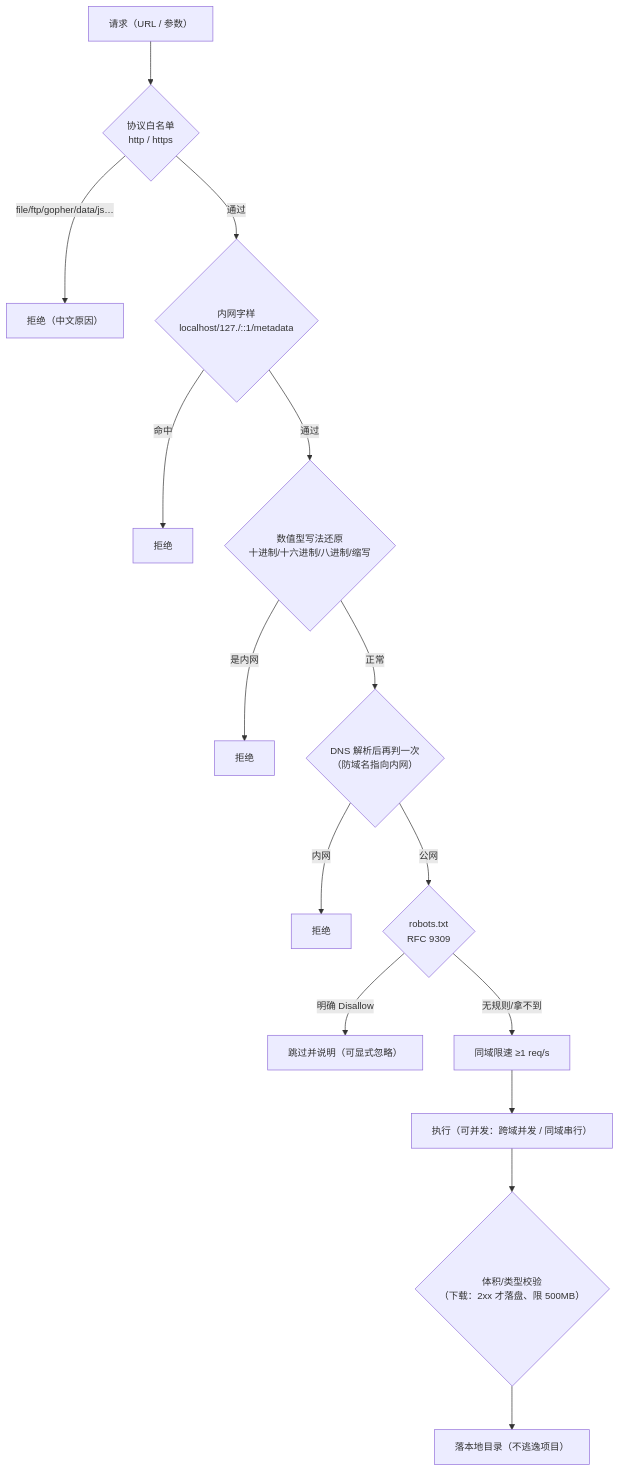
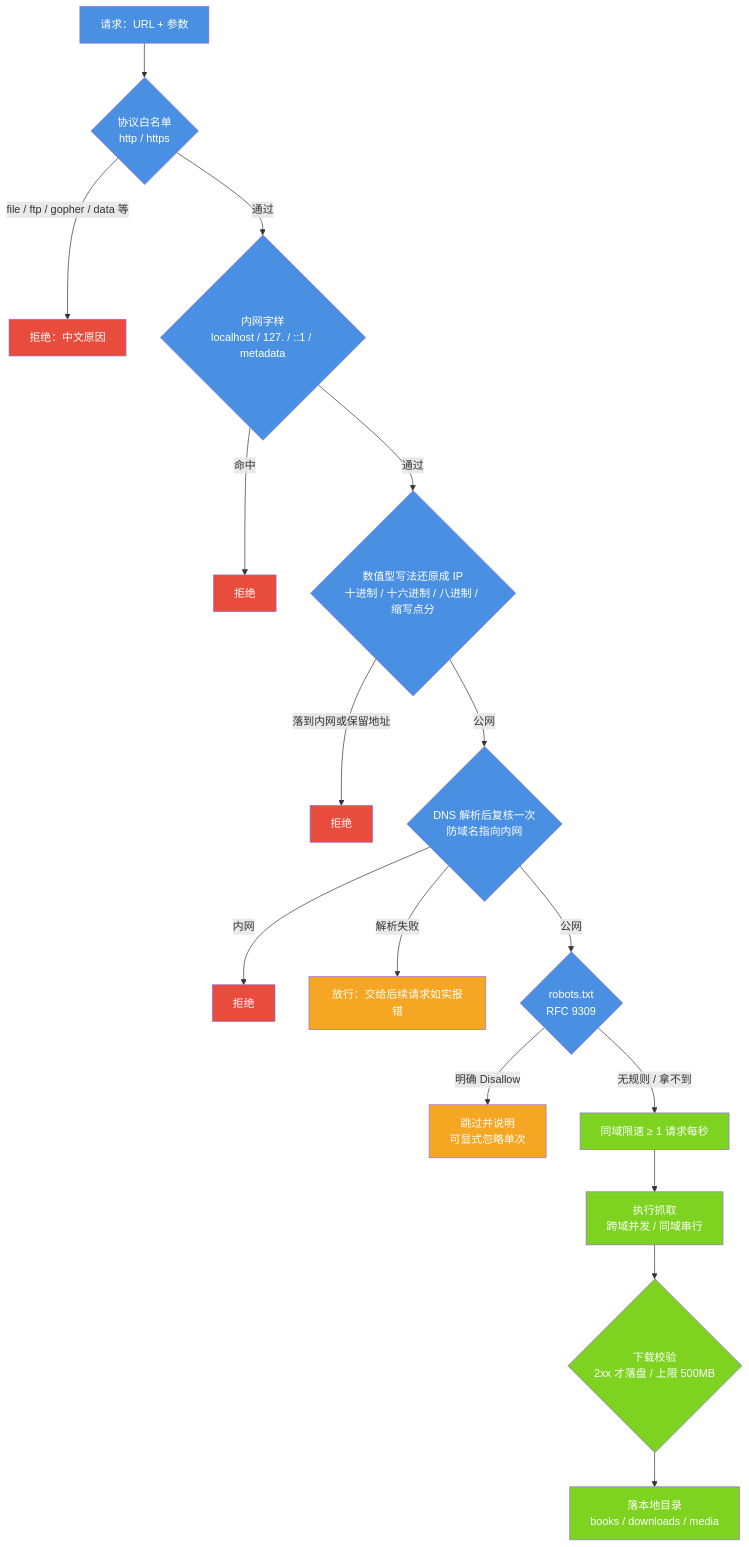
One commit to jiangchuangege/xiaojiao-harnees changed the diagram in docs/security-audit.md. Above: the diagram before and after it, drawn with Mermaid. The commit also changed other lines of this file and 51 other files, not shown here.

````diff
--- a/docs/security-audit.md
+++ b/docs/security-audit.md
@@ -83,18 +121,34 @@
 ```mermaid
-%%{init: {"themeVariables": {"fontSize": "14px"}, "flowchart": {"htmlLabels": true, "wrappingWidth": 320, "nodeSpacing": 46, "rankSpacing": 64, "useMaxWidth": true}}}%%
 flowchart TB
-    IN["请求（URL / 参数）"] --> SCHEME{"协议白名单<br/>http / https"}
-    SCHEME -->|"file/ftp/gopher/data/js…"| BLOCK1["拒绝（中文原因）"]
-    SCHEME -->|"通过"| HINT{"内网字样<br/>localhost/127./::1/metadata"}
-    HINT -->|"命中"| BLOCK2["拒绝"]
-    HINT -->|"通过"| NUM{"数值型写法还原<br/>十进制/十六进制/八进制/缩写"}
-    NUM -->|"是内网"| BLOCK3["拒绝"]
-    NUM -->|"正常"| DNS{"DNS 解析后再判一次<br/>（防域名指向内网）"}
-    DNS -->|"内网"| BLOCK4["拒绝"]
-    DNS -->|"公网"| ROBOTS{"robots.txt<br/>RFC 9309"}
-    ROBOTS -->|"明确 Disallow"| BLOCK5["跳过并说明（可显式忽略）"]
-    ROBOTS -->|"无规则/拿不到"| RATE["同域限速 ≥1 req/s"]
-    RATE --> EXEC["执行（可并发：跨域并发 / 同域串行）"]
-    EXEC --> SIZE{"体积/类型校验<br/>（下载：2xx 才落盘、限 500MB）"}
-    SIZE --> SAVE["落本地目录（不逃逸项目）"]
+    IN["请求：URL + 参数"] --> S{"协议白名单<br/>http / https"}
+    S -->|"file / ftp / gopher / data 等"| B1["拒绝：中文原因"]
+    S -->|"通过"| H{"内网字样<br/>localhost / 127. / ::1 / metadata"}
+    H -->|"命中"| B2["拒绝"]
+    H -->|"通过"| N{"数值型写法还原成 IP<br/>十进制 / 十六进制 / 八进制 / 缩写点分"}
+    N -->|"落到内网或保留地址"| B3["拒绝"]
+    N -->|"公网"| D{"DNS 解析后复核一次<br/>防域名指向内网"}
+    D -->|"内网"| B4["拒绝"]
+    D -->|"解析失败"| P["放行：交给后续请求如实报错"]
+    D -->|"公网"| R{"robots.txt<br/>RFC 9309"}
+    R -->|"明确 Disallow"| B5["跳过并说明<br/>可显式忽略单次"]
+    R -->|"无规则 / 拿不到"| L["同域限速 ≥ 1 请求每秒"]
+    L --> E["执行抓取<br/>跨域并发 / 同域串行"]
+    E --> Z{"下载校验<br/>2xx 才落盘 / 上限 500MB"}
+    Z --> W["落本地目录<br/>books / downloads / media"]
+    style IN fill:#4A90E2,color:#fff
+    style S fill:#4A90E2,color:#fff
+    style H fill:#4A90E2,color:#fff
+    style N fill:#4A90E2,color:#fff
+    style D fill:#4A90E2,color:#fff
+    style R fill:#4A90E2,color:#fff
+    style B1 fill:#E74C3C,color:#fff
+    style B2 fill:#E74C3C,color:#fff
+    style B3 fill:#E74C3C,color:#fff
+    style B4 fill:#E74C3C,color:#fff
+    style B5 fill:#F5A623,color:#fff
+    style P fill:#F5A623,color:#fff
+    style L fill:#7ED321,color:#fff
+    style E fill:#7ED321,color:#fff
+    style Z fill:#7ED321,color:#fff
+    style W fill:#7ED321,color:#fff
 ```
````
